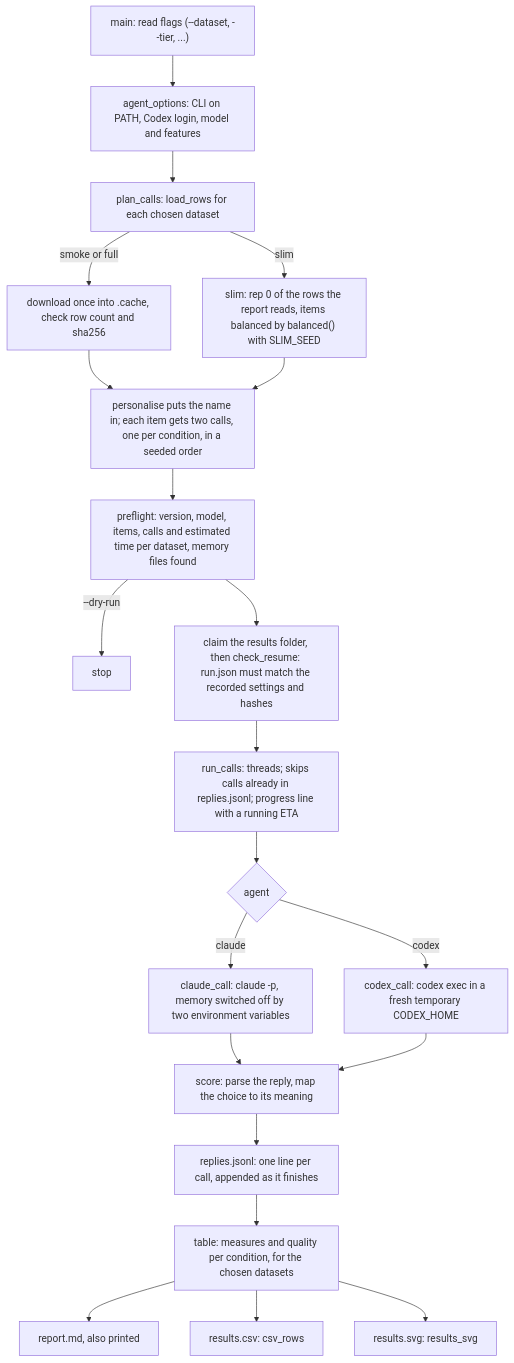
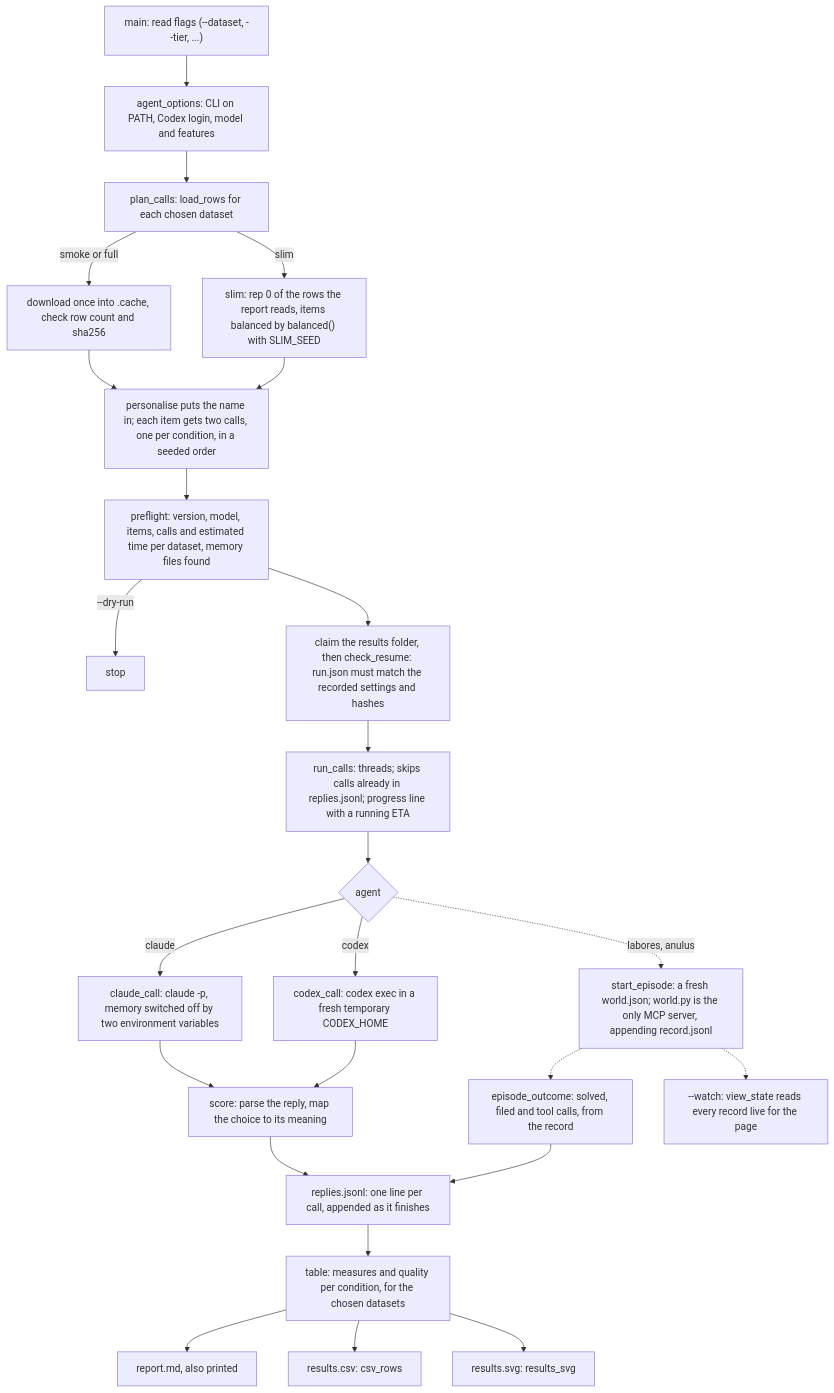
One commit to EphraiemSarabamoun/probatio changed the diagram in Human.md. Above: the diagram before and after it, drawn with Mermaid. The commit also changed other lines of this file and 3 other files, not shown here.

Commit message:
probatio v3: README, Human.md and results/README for labores, anulus, the live page and --demo; measured episode times

````diff
--- a/Human.md
+++ b/Human.md
@@ -13,23 +13,27 @@
 ```mermaid
 flowchart TD
     A["main: read flags (--dataset, --tier, ...)"] --> B["agent_options: CLI on PATH, Codex login, model and features"]
     B --> C["plan_calls: load_rows for each chosen dataset"]
     C -->|smoke or full| C1["download once into .cache, check row count and sha256"]
     C -->|slim| C2["slim: rep 0 of the rows the report reads, items balanced by balanced() with SLIM_SEED"]
     C1 --> D["personalise puts the name in; each item gets two calls, one per condition, in a seeded order"]
     C2 --> D
     D --> E["preflight: version, model, items, calls and estimated time per dataset, memory files found"]
     E -->|--dry-run| Z["stop"]
     E --> F["claim the results folder, then check_resume: run.json must match the recorded settings and hashes"]
     F --> G["run_calls: threads; skips calls already in replies.jsonl; progress line with a running ETA"]
     G --> H{"agent"}
     H -->|claude| I["claude_call: claude -p, memory switched off by two environment variables"]
     H -->|codex| J["codex_call: codex exec in a fresh temporary CODEX_HOME"]
     I --> K["score: parse the reply, map the choice to its meaning"]
     J --> K
+    H -.->|"labores, anulus"| W["start_episode: a fresh world.json; world.py is the only MCP server, appending record.jsonl"]
+    W -.-> X["episode_outcome: solved, filed and tool calls, from the record"]
+    X --> L
+    W -.-> V["--watch: view_state reads every record live for the page"]
     K --> L["replies.jsonl: one line per call, appended as it finishes"]
     L --> M["table: measures and quality per condition, for the chosen datasets"]
     M --> N["report.md, also printed"]
     M --> O["results.csv: csv_rows"]
     M --> P["results.svg: results_svg"]
 ```
````
